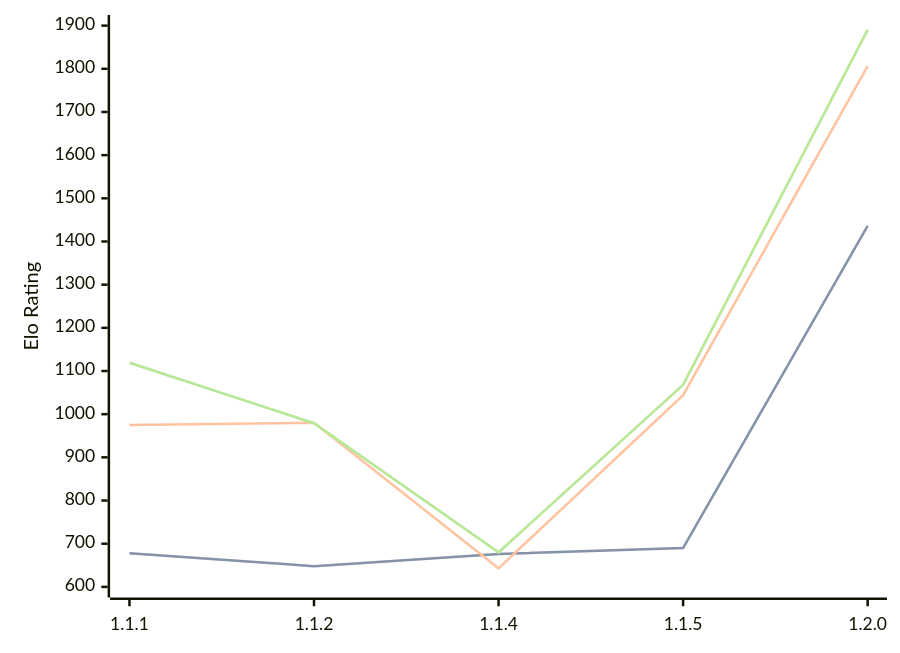
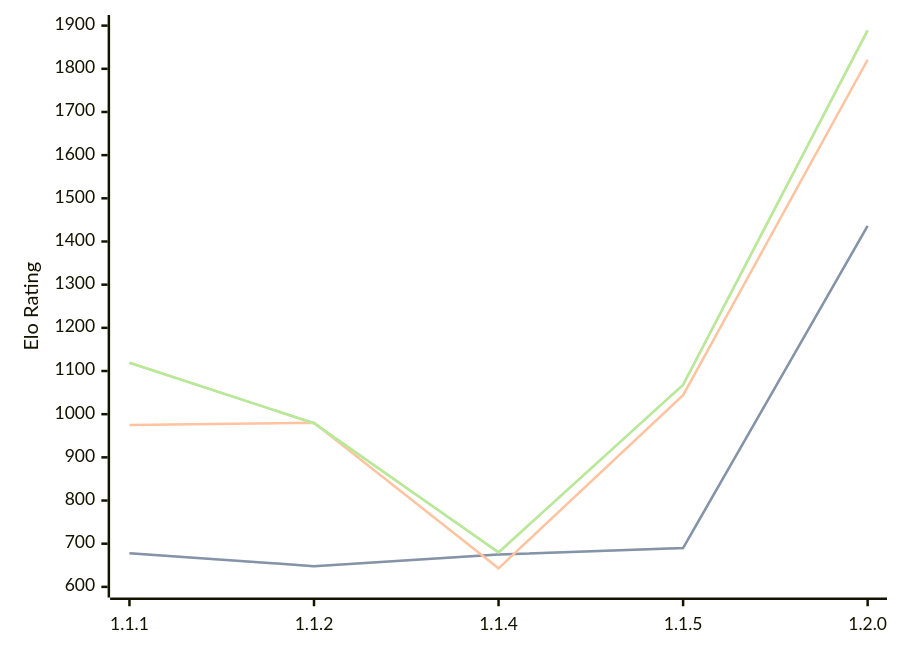
One commit to computer-chess-index/cci changed the third of 3 diagrams in engines/ChessCore.md. Above: the diagram before and after it, drawn with Mermaid. The commit also changed other lines of this file, not shown here.

Commit message:
Update CCI Ratings (ELO VLTC) - 2026-07-04

````diff
--- a/engines/ChessCore.md
+++ b/engines/ChessCore.md
@@ -69,11 +69,11 @@
 ```mermaid
 %%{init: {"theme":"base","themeVariables":{"seriesColors:['#a3a3a3','#222221','#faa371']}}}%%
 xychart-beta
   x-axis ["1.1.1", "1.1.2", "1.1.4", "1.1.5", "1.2.0"]
   y-axis "Elo Rating" 600 --> 1900
-  line "STC (8.0+0.08s)" [678, 648, 676, 690, 1436]
-  line "STC (8.0+0.08s)" [678, 648, 676, 690, 1436]
-  line "LTC (60.0+0.60s)" [975, 980, 643, 1044, 1806]
-  line "VLTC (2m24s+1.12s)" [1119, 979, 680, 1068, 1890]
-  line "VLTC (2m24s+1.12s)" [1119, 979, 680, 1068, 1890]
+  line "STC (8.0+0.08s)" [678, 648, 675, 690, 1436]
+  line "STC (8.0+0.08s)" [678, 648, 675, 690, 1436]
+  line "LTC (60.0+0.60s)" [975, 980, 643, 1044, 1821]
+  line "VLTC (2m24s+1.12s)" [1119, 979, 680, 1068, 1889]
+  line "VLTC (2m24s+1.12s)" [1119, 979, 680, 1068, 1889]
 ```
````
